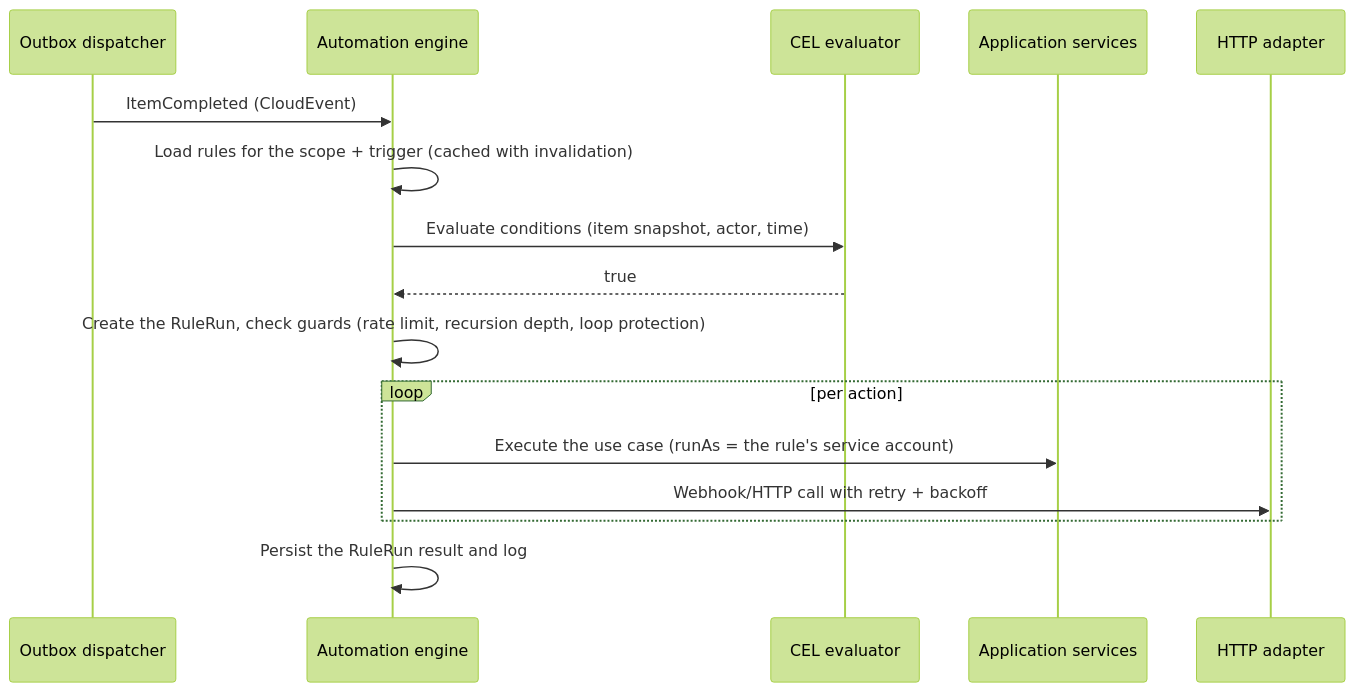
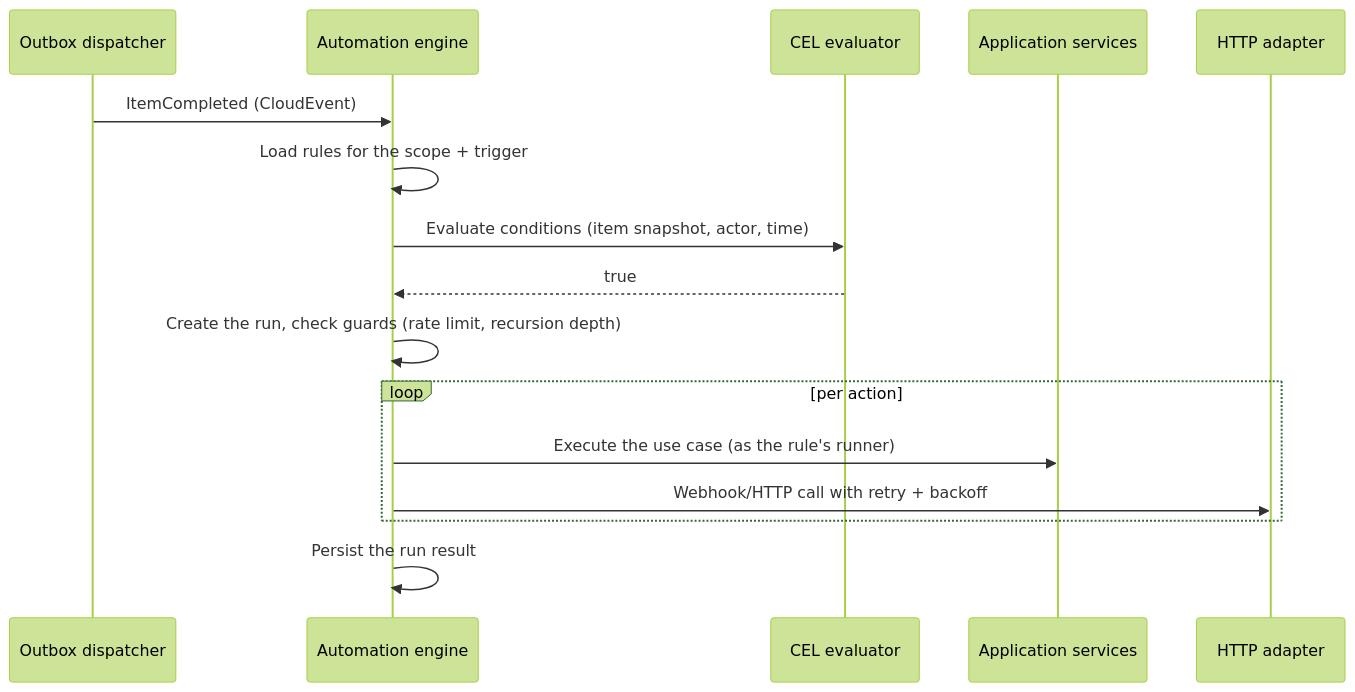
Before and after one commit to Jersyfi/hubtask: the fifth of 7 diagrams in docs/architecture/arc42.md, drawn with Mermaid (forest theme). The commit also changed other lines of this file and 1979 other files, not shown here.

````diff
--- a/docs/architecture/arc42.md
+++ b/docs/architecture/arc42.md
@@ -419,19 +439,19 @@
 ```mermaid
 sequenceDiagram
   participant O as Outbox dispatcher
   participant AU as Automation engine
   participant CEL as CEL evaluator
   participant A as Application services
   participant H as HTTP adapter
 
   O->>AU: ItemCompleted (CloudEvent)
-  AU->>AU: Load rules for the scope + trigger (cached with invalidation)
+  AU->>AU: Load rules for the scope + trigger
   AU->>CEL: Evaluate conditions (item snapshot, actor, time)
   CEL-->>AU: true
-  AU->>AU: Create the RuleRun, check guards (rate limit, recursion depth, loop protection)
+  AU->>AU: Create the run, check guards (rate limit, recursion depth)
   loop per action
-    AU->>A: Execute the use case (runAs = the rule's service account)
+    AU->>A: Execute the use case (as the rule's runner)
     AU->>H: Webhook/HTTP call with retry + backoff
   end
-  AU->>AU: Persist the RuleRun result and log
+  AU->>AU: Persist the run result
 ```
````
